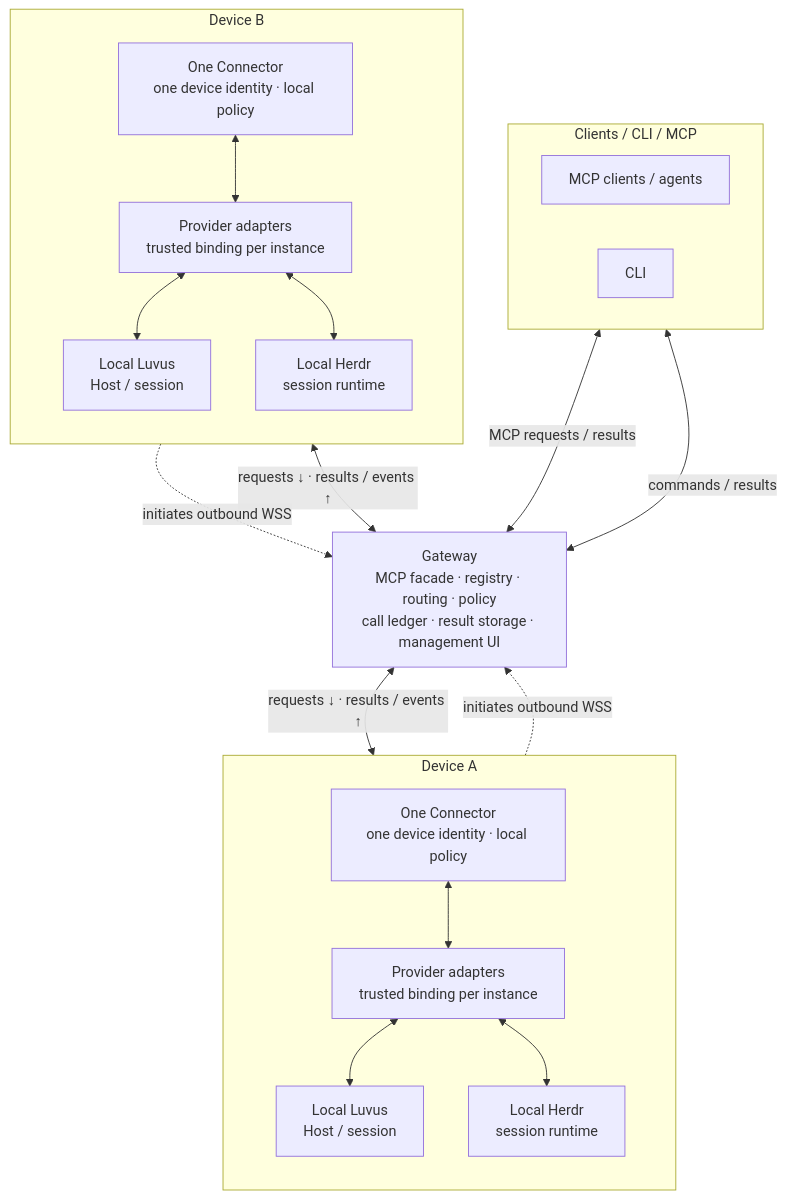
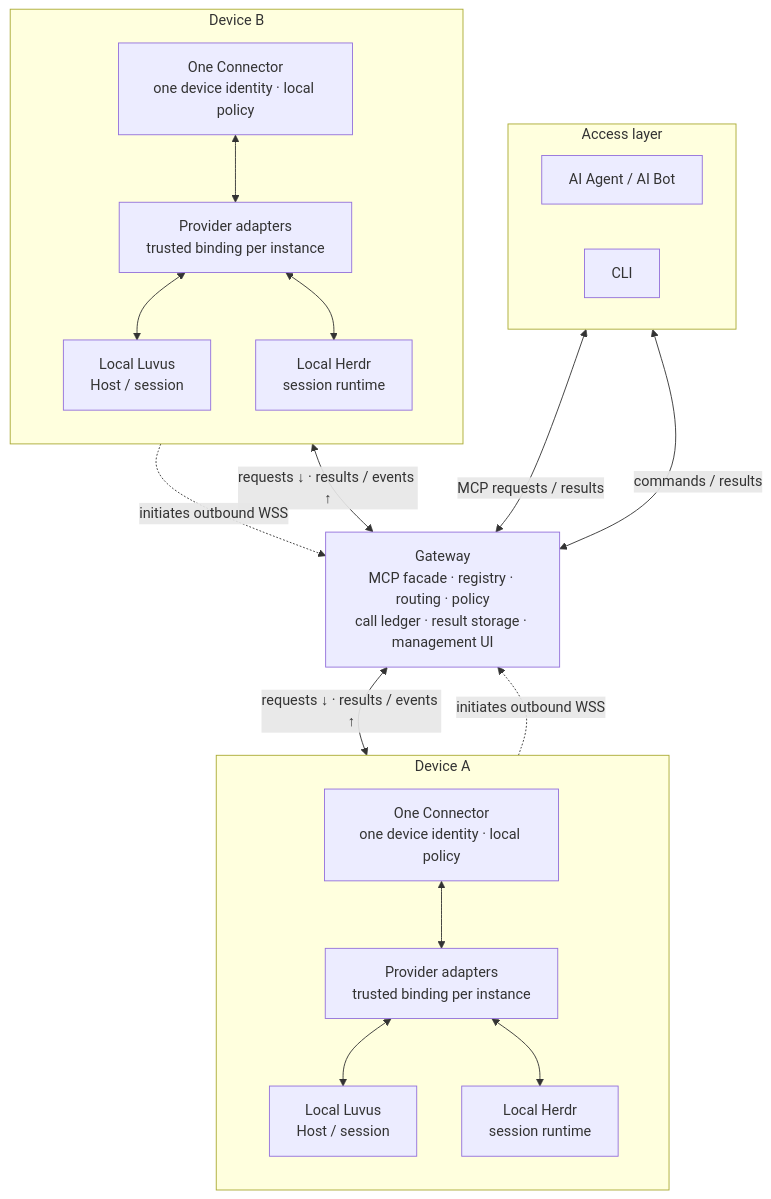
The diagram in README.md (ArnoChenFx/Rovloom), drawn with Mermaid before and after one commit. The commit also changed other lines of this file and 4 other files, not shown here.

Commit message:
docs: identify README access targets as AI Agent and AI Bot

````diff
--- a/README.md
+++ b/README.md
@@ -34,39 +33,39 @@
 ```mermaid
 flowchart TB
-  subgraph CLIENTS["Clients / CLI / MCP"]
+  subgraph ACCESS["Access layer"]
     direction LR
-    MCP["MCP clients / agents"]
+    AI["AI Agent / AI Bot"]
     CLI["CLI"]
   end
 
   GW["Gateway<br/>MCP facade · registry · routing · policy<br/>call ledger · result storage · management UI"]
 
   subgraph DEVICE_A["Device A"]
     direction TB
     CA["One Connector<br/>one device identity · local policy"]
     PA["Provider adapters<br/>trusted binding per instance"]
     LA["Local Luvus<br/>Host / session"]
     HA["Local Herdr<br/>session runtime"]
     CA <--> PA
     PA <--> LA
     PA <--> HA
   end
 
   subgraph DEVICE_B["Device B"]
     direction TB
     CB["One Connector<br/>one device identity · local policy"]
     PB["Provider adapters<br/>trusted binding per instance"]
     LB["Local Luvus<br/>Host / session"]
     HB["Local Herdr<br/>session runtime"]
     CB <--> PB
     PB <--> LB
     PB <--> HB
   end
 
-  MCP <-->|"MCP requests / results"| GW
+  AI <-->|"MCP requests / results"| GW
   CLI <-->|"commands / results"| GW
   GW <-->|"requests ↓ · results / events ↑"| CA
   GW <-->|"requests ↓ · results / events ↑"| CB
   CA -.->|"initiates outbound WSS"| GW
   CB -.->|"initiates outbound WSS"| GW
 ```
````
